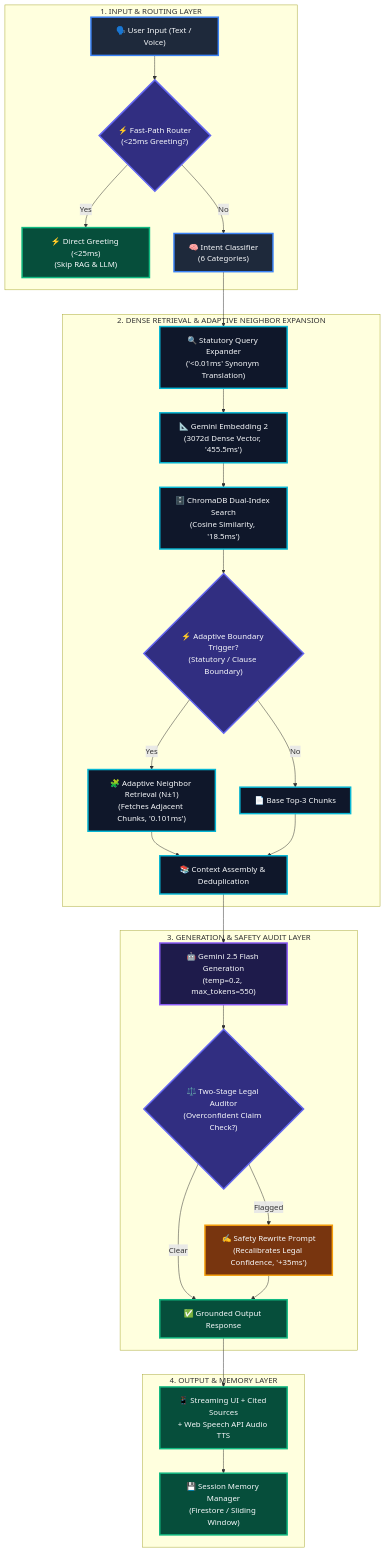
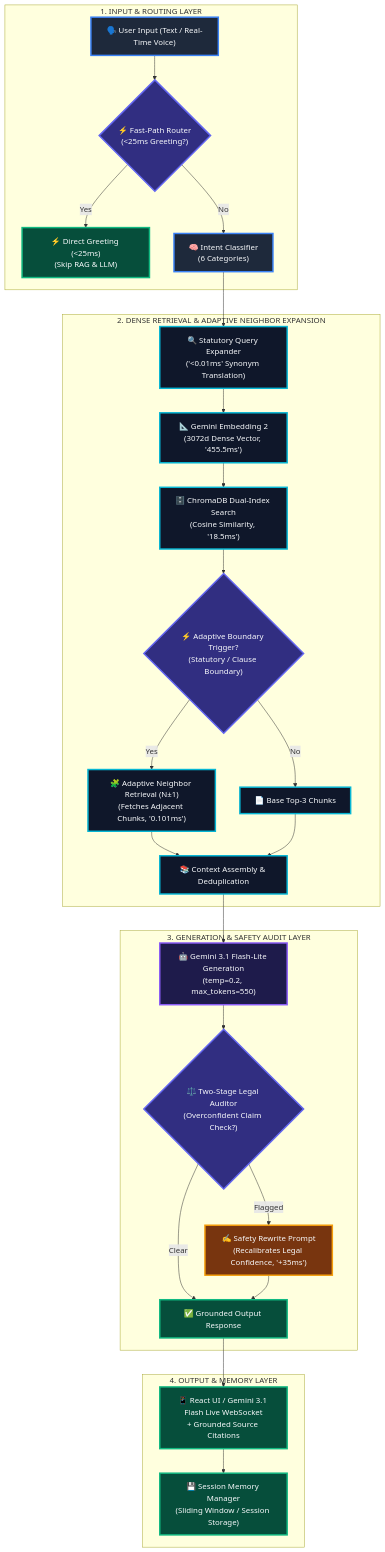
One commit to kamene22/BRIDGE-AI changed the diagram in README.md. Above: the diagram before and after it, drawn with Mermaid. The commit also changed other lines of this file, not shown here.

Commit message:
docs: update README.md with live deployment links, Gemini 3.1 Flash models, and React Voice Lounge specs

````diff
--- a/README.md
+++ b/README.md
@@ -31,47 +42,48 @@
 ```mermaid
 flowchart TD
     subgraph INPUT_ROUTING["1. INPUT & ROUTING LAYER"]
-        UserQuery["🗣️ User Input (Text / Voice)"] --> FastPath{"⚡ Fast-Path Router\n(<25ms Greeting?)"}
+        UserQuery["🗣️ User Input (Text / Real-Time Voice)"] --> FastPath{"⚡ Fast-Path Router\n(<25ms Greeting?)"}
         FastPath -- Yes --> FastResp["⚡ Direct Greeting (<25ms)\n(Skip RAG & LLM)"]
         FastPath -- No --> IntentClass["🧠 Intent Classifier\n(6 Categories)"]
     end
 
     subgraph RETRIEVAL_LAYER["2. DENSE RETRIEVAL & ADAPTIVE NEIGHBOR EXPANSION"]
         IntentClass --> QExp["🔍 Statutory Query Expander\n('<0.01ms' Synonym Translation)"]
         QExp --> Embed["📐 Gemini Embedding 2\n(3072d Dense Vector, '455.5ms')"]
         Embed --> VectorSearch["🗄️ ChromaDB Dual-Index Search\n(Cosine Similarity, '18.5ms')"]
-        VectorSearch --> AdaptiveTrigger{"⚡ Adaptive Boundary Trigger?\n(Statutory / Clause Boundary)"}
+        AdaptiveTrigger{"⚡ Adaptive Boundary Trigger?\n(Statutory / Clause Boundary)"}
+        VectorSearch --> AdaptiveTrigger
         AdaptiveTrigger -- Yes --> NeighborExpand["🧩 Adaptive Neighbor Retrieval (N±1)\n(Fetches Adjacent Chunks, '0.101ms')"]
         AdaptiveTrigger -- No --> BaseContext["📄 Base Top-3 Chunks"]
         NeighborExpand --> ContextAssembly["📚 Context Assembly & Deduplication"]
         BaseContext --> ContextAssembly
     end
 
     subgraph GENERATION_SAFETY["3. GENERATION & SAFETY AUDIT LAYER"]
-        ContextAssembly --> LLM["🤖 Gemini 2.5 Flash Generation\n(temp=0.2, max_tokens=550)"]
+        ContextAssembly --> LLM["🤖 Gemini 3.1 Flash-Lite Generation\n(temp=0.2, max_tokens=550)"]
         LLM --> LegalAuditor{"⚖️ Two-Stage Legal Auditor\n(Overconfident Claim Check?)"}
         LegalAuditor -- Flagged --> Rewrite["✍️ Safety Rewrite Prompt\n(Recalibrates Legal Confidence, '+35ms')"]
         LegalAuditor -- Clear --> FinalResp["✅ Grounded Output Response"]
         Rewrite --> FinalResp
     end
 
     subgraph OUTPUT_MEMORY["4. OUTPUT & MEMORY LAYER"]
-        FinalResp --> UIOutput["📱 Streaming UI + Cited Sources\n+ Web Speech API Audio TTS"]
-        UIOutput --> Memory["💾 Session Memory Manager\n(Firestore / Sliding Window)"]
+        FinalResp --> UIOutput["📱 React UI / Gemini 3.1 Flash Live WebSocket\n+ Grounded Source Citations"]
+        UIOutput --> Memory["💾 Session Memory Manager\n(Sliding Window / Session Storage)"]
     end
 
     %% Class Definitions for High-Contrast Dark Styling
     classDef inputStyle fill:#1E293B,stroke:#3B82F6,stroke-width:3px,color:#F8FAFC;
     classDef retrievalStyle fill:#0F172A,stroke:#06B6D4,stroke-width:3px,color:#F8FAFC;
     classDef triggerStyle fill:#312E81,stroke:#6366F1,stroke-width:3px,color:#F8FAFC;
     classDef genStyle fill:#1E1B4B,stroke:#8B5CF6,stroke-width:3px,color:#F8FAFC;
     classDef safetyStyle fill:#78350F,stroke:#F59E0B,stroke-width:3px,color:#F8FAFC;
     classDef outputStyle fill:#064E3B,stroke:#10B981,stroke-width:3px,color:#F8FAFC;
 
     class UserQuery,IntentClass inputStyle;
     class FastPath,AdaptiveTrigger,LegalAuditor triggerStyle;
     class QExp,Embed,VectorSearch,NeighborExpand,BaseContext,ContextAssembly retrievalStyle;
     class LLM genStyle;
     class Rewrite safetyStyle;
     class FastResp,FinalResp,UIOutput,Memory outputStyle;
 ```
````
